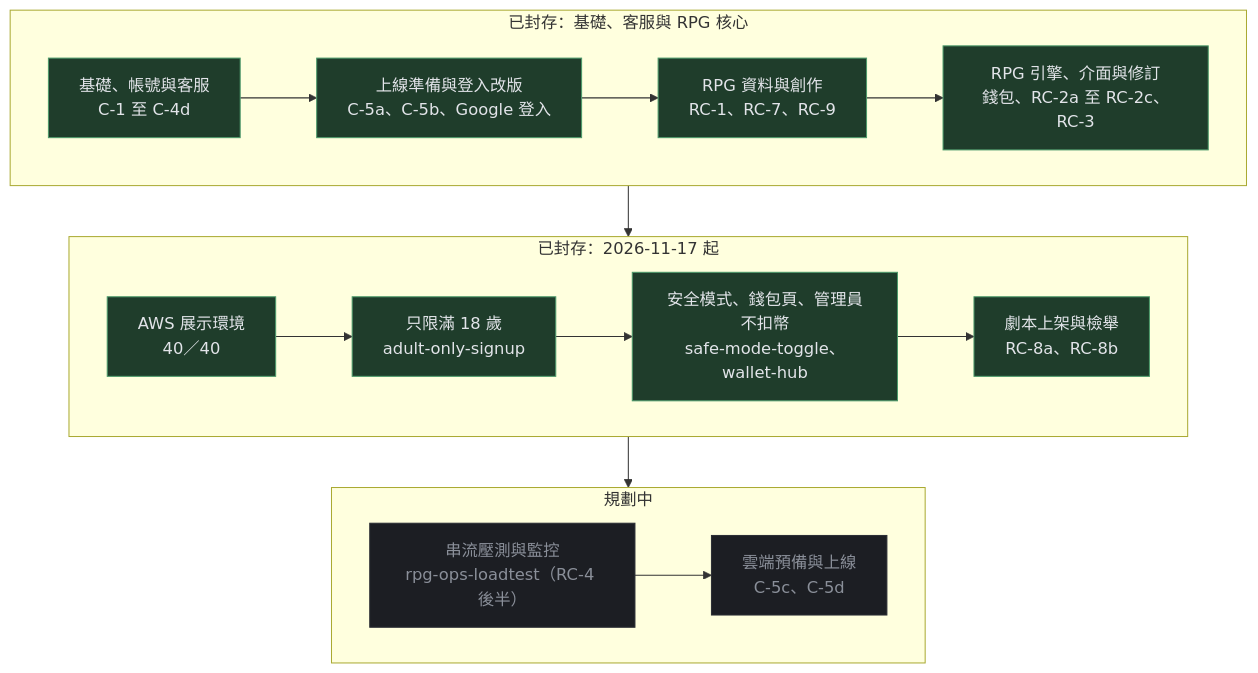
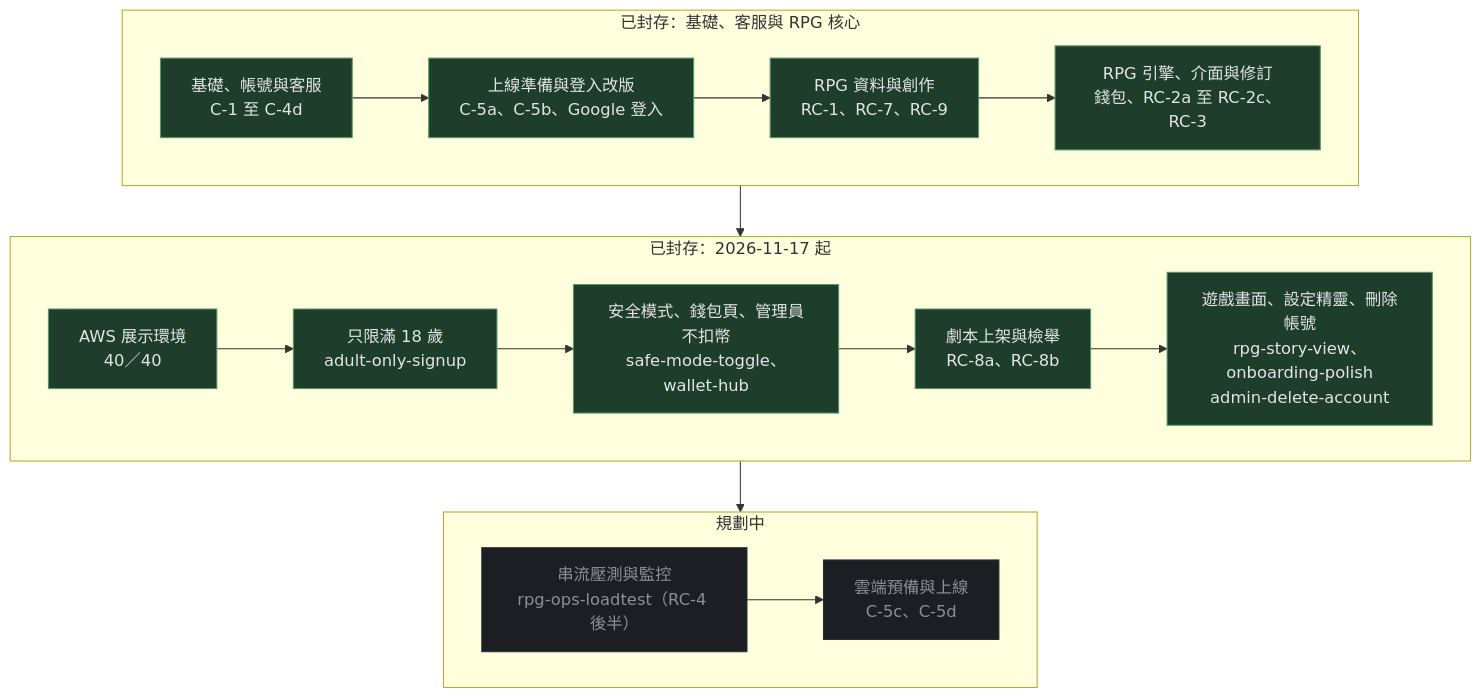
One commit to pp466pp466/R.A.C changed diagram 18 of 18 in docs/2.0簡報.md. Above: the diagram before and after it, drawn with Mermaid. The commit also changed other lines of this file and 12 other files, not shown here.

First line of the commit message:
簡報與圖解更新到 2026-11-24，新增 5.0 重點版簡報（含「開發工具」頁）

````diff
--- a/docs/2.0簡報.md
+++ b/docs/2.0簡報.md
@@ -934,19 +955,19 @@
 ```mermaid
 flowchart TB
     subgraph R1["已封存：基礎、客服與 RPG 核心"]
         direction LR
         A["基礎、帳號與客服<br/>C-1 至 C-4d"]:::done --> B["上線準備與登入改版<br/>C-5a、C-5b、Google 登入"]:::done --> C["RPG 資料與創作<br/>RC-1、RC-7、RC-9"]:::done --> D["RPG 引擎、介面與修訂<br/>錢包、RC-2a 至 RC-2c、RC-3"]:::done
     end
     subgraph R2["已封存：2026-11-17 起"]
         direction LR
-        E["AWS 展示環境<br/>40／40"]:::done --> E2["只限滿 18 歲<br/>adult-only-signup"]:::done --> E3["安全模式、錢包頁、管理員不扣幣<br/>safe-mode-toggle、wallet-hub"]:::done --> E4["劇本上架與檢舉<br/>RC-8a、RC-8b"]:::done
+        E["AWS 展示環境<br/>40／40"]:::done --> E2["只限滿 18 歲<br/>adult-only-signup"]:::done --> E3["安全模式、錢包頁、管理員不扣幣<br/>safe-mode-toggle、wallet-hub"]:::done --> E4["劇本上架與檢舉<br/>RC-8a、RC-8b"]:::done --> E5["遊戲畫面、設定精靈、刪除帳號<br/>rpg-story-view、onboarding-polish<br/>admin-delete-account"]:::done
     end
     subgraph R3["規劃中"]
         direction LR
         G["串流壓測與監控<br/>rpg-ops-loadtest（RC-4 後半）"]:::plan --> H["雲端預備與上線<br/>C-5c、C-5d"]:::plan
     end
     R1 --> R2 --> R3
     classDef done fill:#1f3d2b,stroke:#4c9a6a,color:#e2e4e9
     classDef active fill:#3d2f1f,stroke:#ff6b35,color:#e2e4e9
     classDef plan fill:#1c1e23,stroke:#2a2d34,color:#8a8f99
 ```
````
